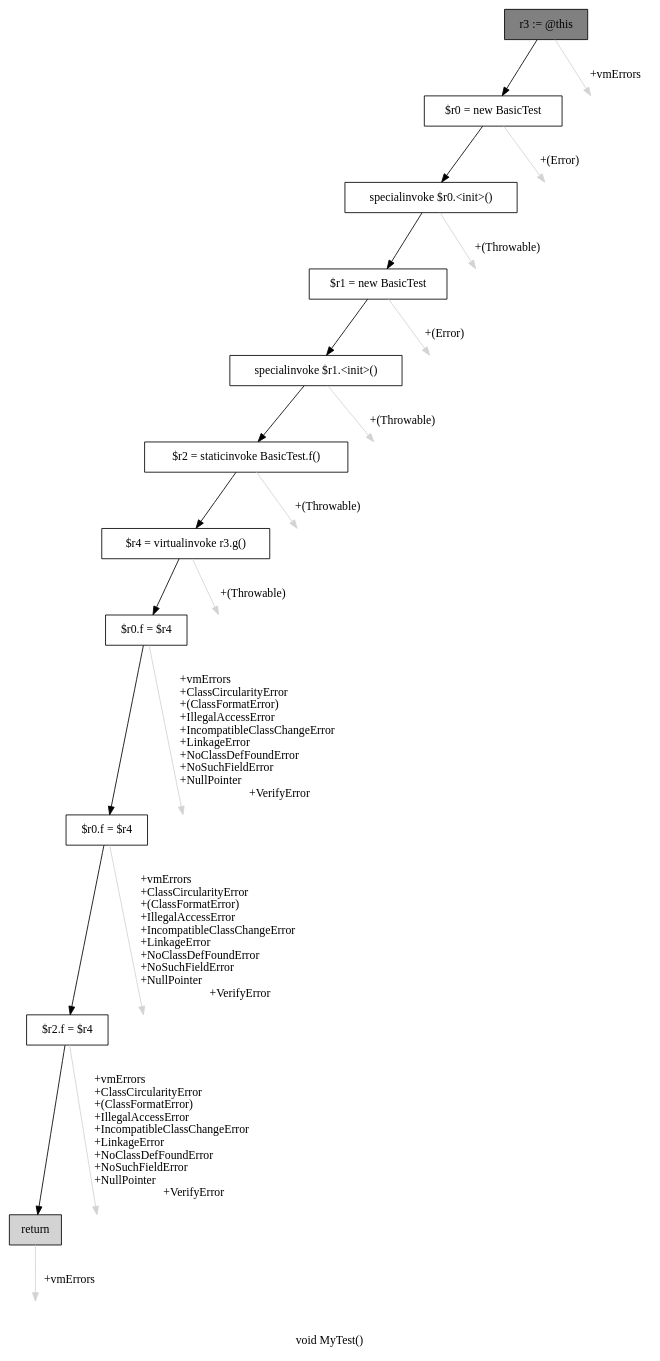
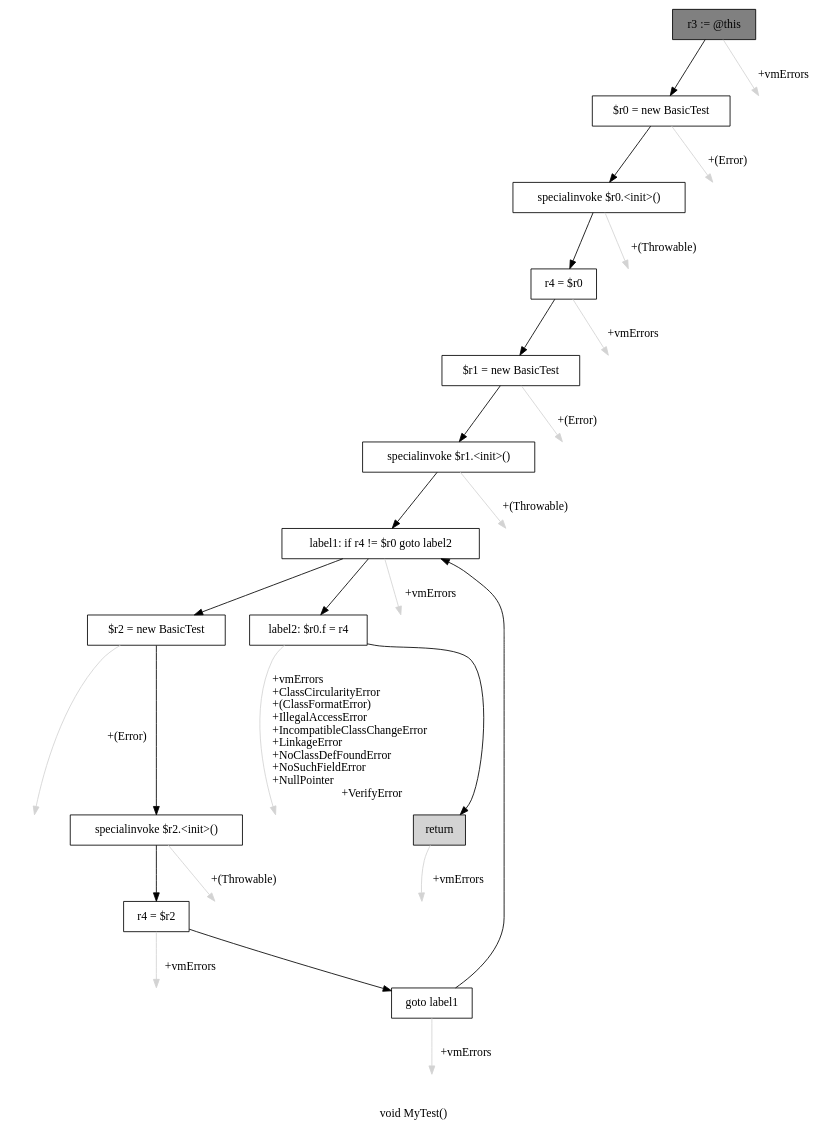
The diagram in cfg.dot (gourishankerJK/DeReference-Pointer-Analysis), drawn with Graphviz before and after one commit. The commit also changed 3 other files, not shown here.

```diff
--- a/cfg.dot
+++ b/cfg.dot
@@ -1,47 +1,56 @@
 digraph "void MyTest()" {
     label="void MyTest()";
     node [shape=box];
     "0" [style=filled,fillcolor=gray,label="r3 := @this",];
     "1" [label="$r0 = new BasicTest",];
     "0"->"1" [color=black,];
-    "11" [style=invis,label="Esc",];
-    "0"->"11" [color=lightgray,label="\l+vmErrors",];
+    "13" [style=invis,label="Esc",];
+    "0"->"13" [color=lightgray,label="\l+vmErrors",];
     "2" [label="specialinvoke $r0.<init>()",];
     "1"->"2" [color=black,];
-    "12" [style=invis,label="Esc",];
-    "1"->"12" [color=lightgray,label="\l+(Error)",];
-    "3" [label="$r1 = new BasicTest",];
+    "14" [style=invis,label="Esc",];
+    "1"->"14" [color=lightgray,label="\l+(Error)",];
+    "3" [label="r4 = $r0",];
     "2"->"3" [color=black,];
-    "13" [style=invis,label="Esc",];
-    "2"->"13" [color=lightgray,label="\l+(Throwable)",];
-    "4" [label="specialinvoke $r1.<init>()",];
+    "15" [style=invis,label="Esc",];
+    "2"->"15" [color=lightgray,label="\l+(Throwable)",];
+    "4" [label="$r1 = new BasicTest",];
     "3"->"4" [color=black,];
-    "14" [style=invis,label="Esc",];
-    "3"->"14" [color=lightgray,label="\l+(Error)",];
-    "5" [label="$r2 = staticinvoke BasicTest.f()",];
+    "16" [style=invis,label="Esc",];
+    "3"->"16" [color=lightgray,label="\l+vmErrors",];
+    "5" [label="specialinvoke $r1.<init>()",];
     "4"->"5" [color=black,];
-    "15" [style=invis,label="Esc",];
-    "4"->"15" [color=lightgray,label="\l+(Throwable)",];
-    "6" [label="$r4 = virtualinvoke r3.g()",];
+    "17" [style=invis,label="Esc",];
+    "4"->"17" [color=lightgray,label="\l+(Error)",];
+    "6" [label="label1: if r4 != $r0 goto label2",];
     "5"->"6" [color=black,];
-    "16" [style=invis,label="Esc",];
-    "5"->"16" [color=lightgray,label="\l+(Throwable)",];
-    "7" [label="$r0.f = $r4",];
+    "18" [style=invis,label="Esc",];
+    "5"->"18" [color=lightgray,label="\l+(Throwable)",];
+    "7" [label="$r2 = new BasicTest",];
     "6"->"7" [color=black,];
-    "17" [style=invis,label="Esc",];
-    "6"->"17" [color=lightgray,label="\l+(Throwable)",];
-    "8" [label="$r0.f = $r4",];
+    "11" [label="label2: $r0.f = r4",];
+    "6"->"11" [color=black,];
+    "19" [style=invis,label="Esc",];
+    "6"->"19" [color=lightgray,label="\l+vmErrors",];
+    "8" [label="specialinvoke $r2.<init>()",];
     "7"->"8" [color=black,];
-    "18" [style=invis,label="Esc",];
-    "7"->"18" [color=lightgray,label="\l+vmErrors\l+ClassCircularityError\l+(ClassFormatError)\l+IllegalAccessError\l+IncompatibleClassChangeError\l+LinkageError\l+NoClassDefFoundError\l+NoSuchFieldError\l+NullPointer\l+VerifyError",];
-    "9" [label="$r2.f = $r4",];
+    "20" [style=invis,label="Esc",];
+    "7"->"20" [color=lightgray,label="\l+(Error)",];
+    "9" [label="r4 = $r2",];
     "8"->"9" [color=black,];
-    "19" [style=invis,label="Esc",];
-    "8"->"19" [color=lightgray,label="\l+vmErrors\l+ClassCircularityError\l+(ClassFormatError)\l+IllegalAccessError\l+IncompatibleClassChangeError\l+LinkageError\l+NoClassDefFoundError\l+NoSuchFieldError\l+NullPointer\l+VerifyError",];
-    "10" [style=filled,fillcolor=lightgray,label="return",];
+    "21" [style=invis,label="Esc",];
+    "8"->"21" [color=lightgray,label="\l+(Throwable)",];
+    "10" [label="goto label1",];
     "9"->"10" [color=black,];
-    "20" [style=invis,label="Esc",];
-    "9"->"20" [color=lightgray,label="\l+vmErrors\l+ClassCircularityError\l+(ClassFormatError)\l+IllegalAccessError\l+IncompatibleClassChangeError\l+LinkageError\l+NoClassDefFoundError\l+NoSuchFieldError\l+NullPointer\l+VerifyError",];
-    "21" [style=invis,label="Esc",];
-    "10"->"21" [color=lightgray,label="\l+vmErrors",];
+    "22" [style=invis,label="Esc",];
+    "9"->"22" [color=lightgray,label="\l+vmErrors",];
+    "10"->"6" [color=black,];
+    "23" [style=invis,label="Esc",];
+    "10"->"23" [color=lightgray,label="\l+vmErrors",];
+    "12" [style=filled,fillcolor=lightgray,label="return",];
+    "11"->"12" [color=black,];
+    "24" [style=invis,label="Esc",];
+    "11"->"24" [color=lightgray,label="\l+vmErrors\l+ClassCircularityError\l+(ClassFormatError)\l+IllegalAccessError\l+IncompatibleClassChangeError\l+LinkageError\l+NoClassDefFoundError\l+NoSuchFieldError\l+NullPointer\l+VerifyError",];
+    "25" [style=invis,label="Esc",];
+    "12"->"25" [color=lightgray,label="\l+vmErrors",];
 }
```
